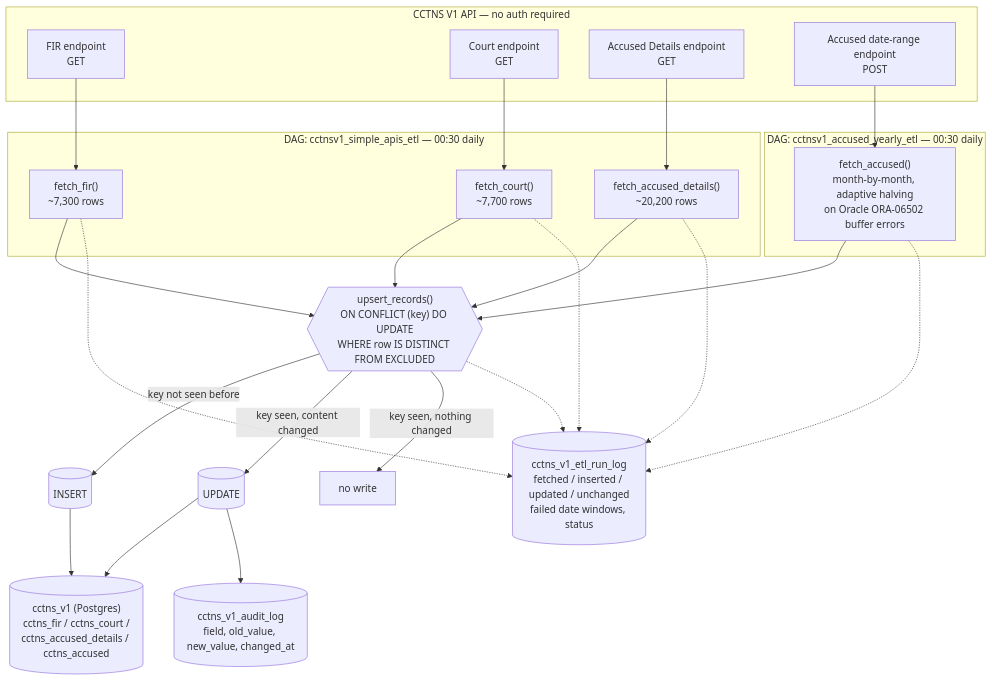
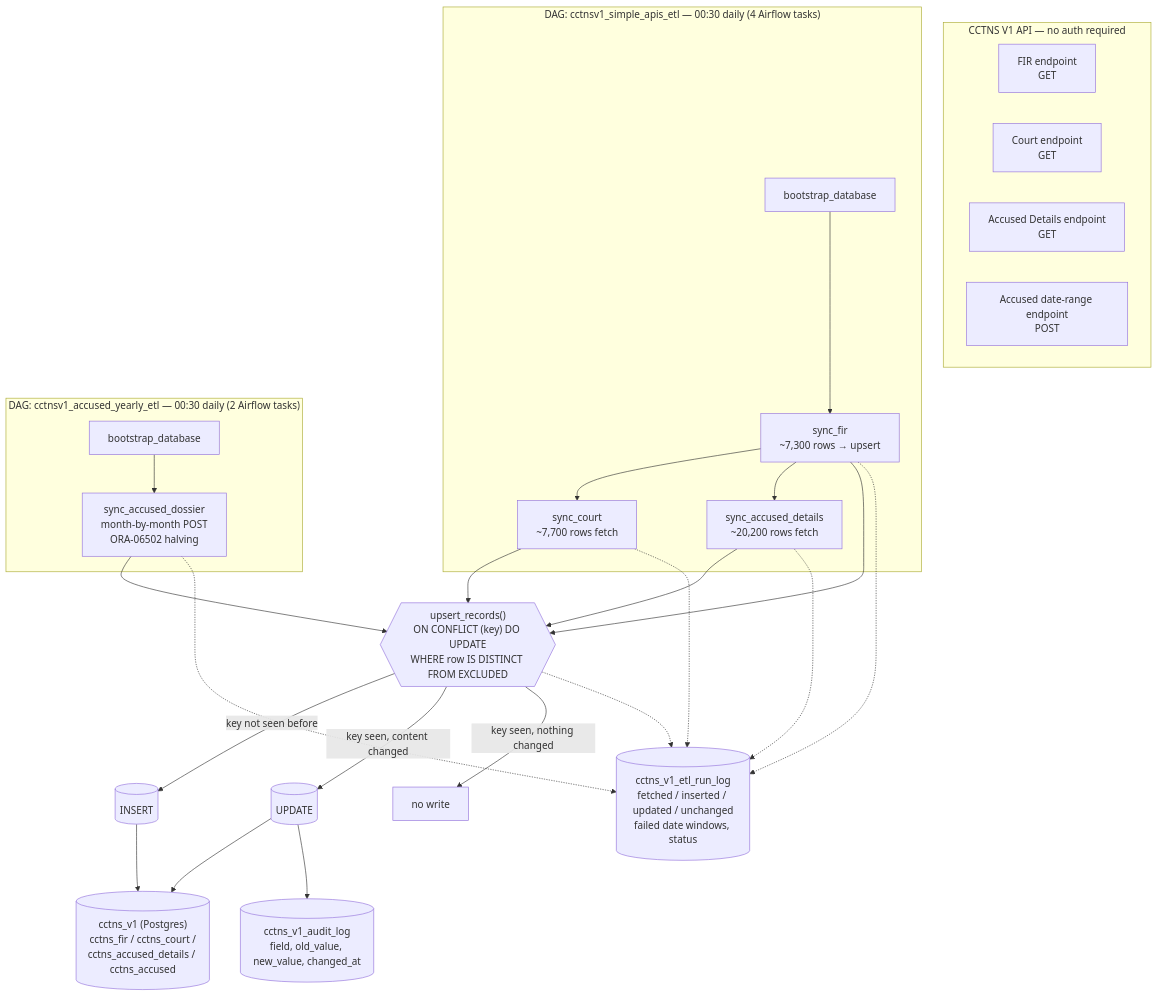
The diagram in cctns-v1/CCTNSV1_DAILY_ETL_RUN/pipeline.md (ashish-ratna-bcss/DOPAMS-ETL), drawn with Mermaid before and after one commit. The commit also changed 4 other files, not shown here.

First line of the commit message:
Split CCTNS V1 Airflow DAGs into visible multi-task graphs.

````diff
--- a/cctns-v1/CCTNSV1_DAILY_ETL_RUN/pipeline.md
+++ b/cctns-v1/CCTNSV1_DAILY_ETL_RUN/pipeline.md
@@ -5,40 +5,40 @@
 ```mermaid
 flowchart TB
     subgraph SRC["CCTNS V1 API — no auth required"]
         FIR["FIR endpoint\nGET"]
         COURT["Court endpoint\nGET"]
         AD["Accused Details endpoint\nGET"]
         ACC["Accused date-range endpoint\nPOST"]
     end
 
-    subgraph DAG1["DAG: cctnsv1_simple_apis_etl — 00:30 daily"]
-        FIR --> E1["fetch_fir()\n~7,300 rows"]
-        COURT --> E2["fetch_court()\n~7,700 rows"]
-        AD --> E3["fetch_accused_details()\n~20,200 rows"]
+    subgraph DAG1["DAG: cctnsv1_simple_apis_etl — 00:30 daily (4 Airflow tasks)"]
+        BOOT1["bootstrap_database"] --> E1["sync_fir\n~7,300 rows → upsert"]
+        E1 --> E2["sync_court\n~7,700 rows fetch"]
+        E1 --> E3["sync_accused_details\n~20,200 rows fetch"]
     end
 
-    subgraph DAG2["DAG: cctnsv1_accused_yearly_etl — 00:30 daily"]
-        ACC --> E4["fetch_accused()\nmonth-by-month, adaptive halving\non Oracle ORA-06502 buffer errors"]
+    subgraph DAG2["DAG: cctnsv1_accused_yearly_etl — 00:30 daily (2 Airflow tasks)"]
+        BOOT2["bootstrap_database"] --> E4["sync_accused_dossier\nmonth-by-month POST\nORA-06502 halving"]
     end
 
     E1 --> L
     E2 --> L
     E3 --> L
     E4 --> L
 
     L{{"upsert_records()\nON CONFLICT (key) DO UPDATE\nWHERE row IS DISTINCT FROM EXCLUDED"}}
 
     L -->|"key not seen before"| INS[("INSERT")]
     L -->|"key seen, content changed"| UPD[("UPDATE")]
     L -->|"key seen, nothing changed"| SKIP["no write"]
 
     INS --> DB[("cctns_v1 (Postgres)\ncctns_fir / cctns_court /\ncctns_accused_details / cctns_accused")]
     UPD --> DB
     UPD --> AUDIT[("cctns_v1_audit_log\nfield, old_value, new_value, changed_at")]
 
     E1 -.-> RUNLOG
     E2 -.-> RUNLOG
     E3 -.-> RUNLOG
     E4 -.-> RUNLOG
     L -.-> RUNLOG[("cctns_v1_etl_run_log\nfetched / inserted / updated / unchanged\nfailed date windows, status")]
 ```
````
